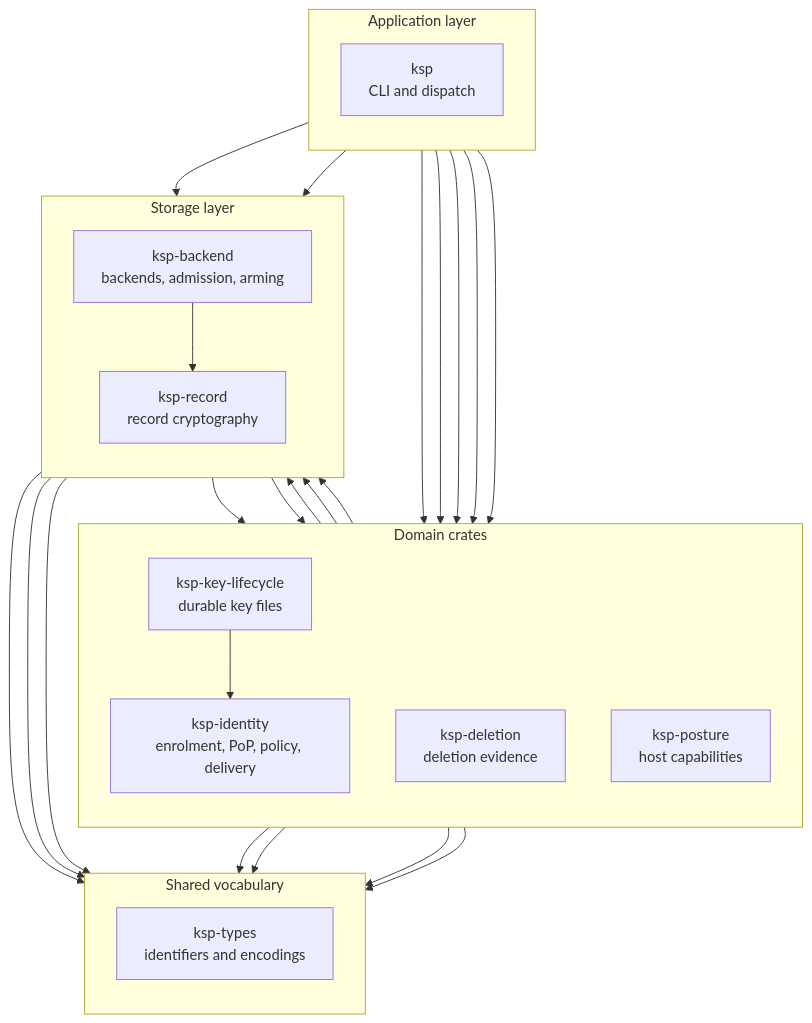
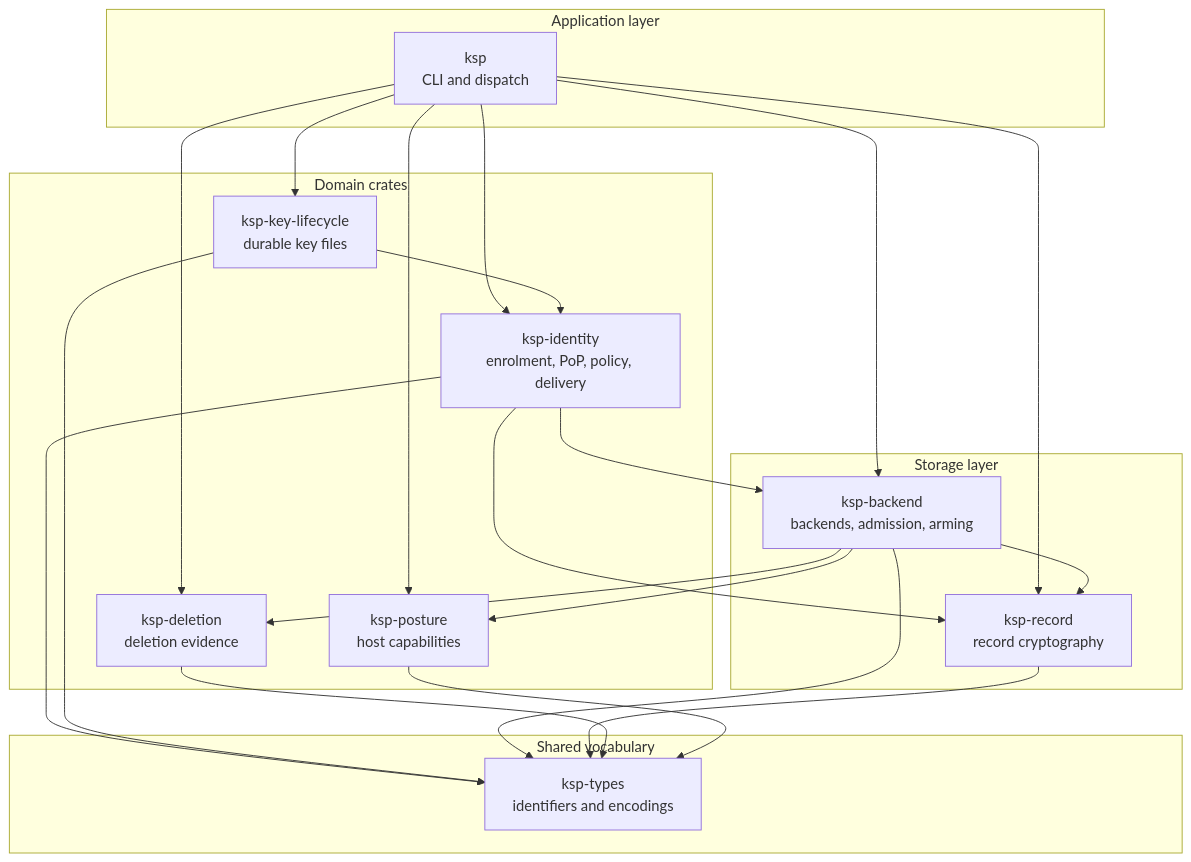
Before and after one commit to bruj0/keyspout: the second of 2 diagrams in site/docs/index.md, drawn with Mermaid. The commit also changed 20 other files, not shown here.

First line of the commit message:
feat(site): pan and zoom the diagrams, and stack them by measurement

````diff
--- a/site/docs/index.md
+++ b/site/docs/index.md
@@ -139,48 +139,44 @@
 ```mermaid
 graph TB
   subgraph Top["Application layer"]
-      direction TB
     CLI["ksp<br/>CLI and dispatch"]
   end
 
   subgraph Domain["Domain crates"]
-      direction TB
     ID["ksp-identity<br/>enrolment, PoP, policy, delivery"]
     LIFE["ksp-key-lifecycle<br/>durable key files"]
     DEL["ksp-deletion<br/>deletion evidence"]
     POST["ksp-posture<br/>host capabilities"]
   end
 
   subgraph Storage["Storage layer"]
-      direction TB
     BACK["ksp-backend<br/>backends, admission, arming"]
     REC["ksp-record<br/>record cryptography"]
   end
 
   subgraph Base["Shared vocabulary"]
-      direction TB
     TYPES["ksp-types<br/>identifiers and encodings"]
   end
 
   CLI --> ID
   CLI --> LIFE
   CLI --> DEL
   CLI --> POST
   CLI --> BACK
   CLI --> REC
   ID --> BACK
   ID --> REC
   ID --> TYPES
   LIFE --> ID
   LIFE --> TYPES
   BACK --> REC
   BACK --> DEL
   BACK --> POST
   BACK --> TYPES
   REC --> TYPES
   DEL --> TYPES
   POST --> TYPES
-  Top --> Domain
-  Domain --> Storage
-  Storage --> Base
+  Top ~~~ Domain
+  Domain ~~~ Storage
+  Storage ~~~ Base
 ```
````
